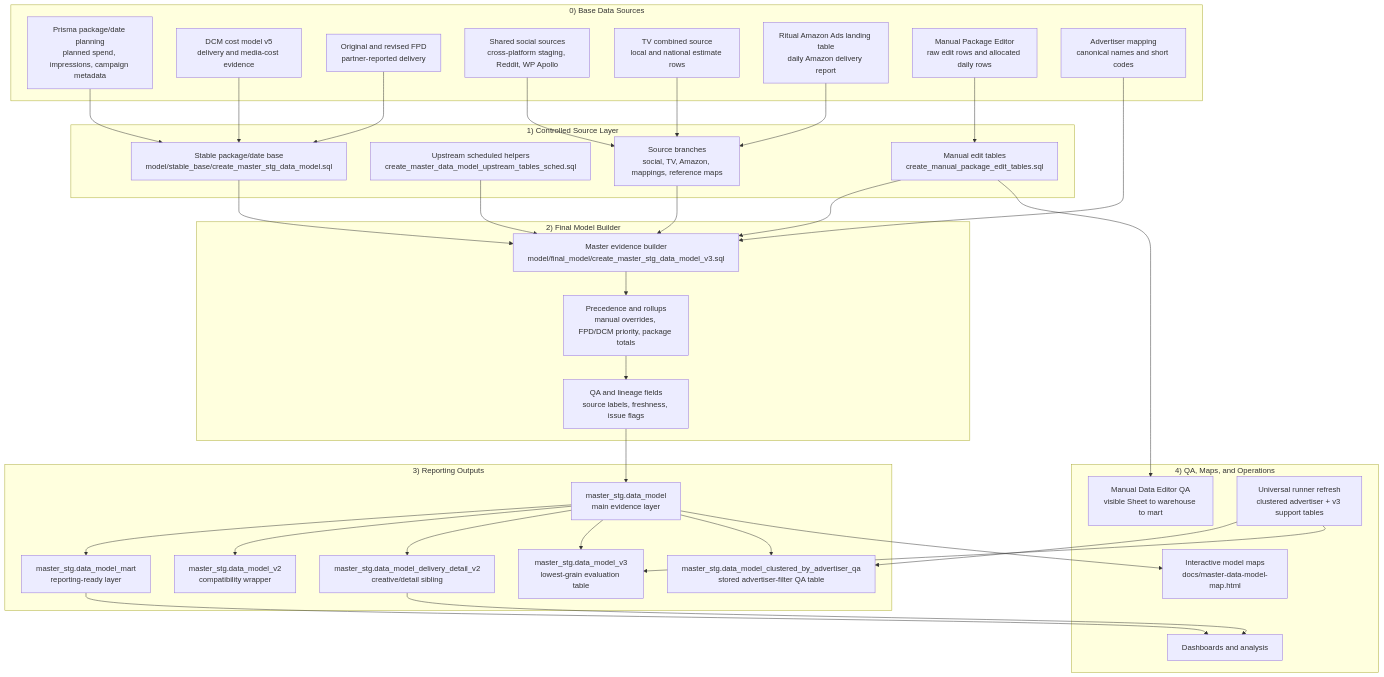
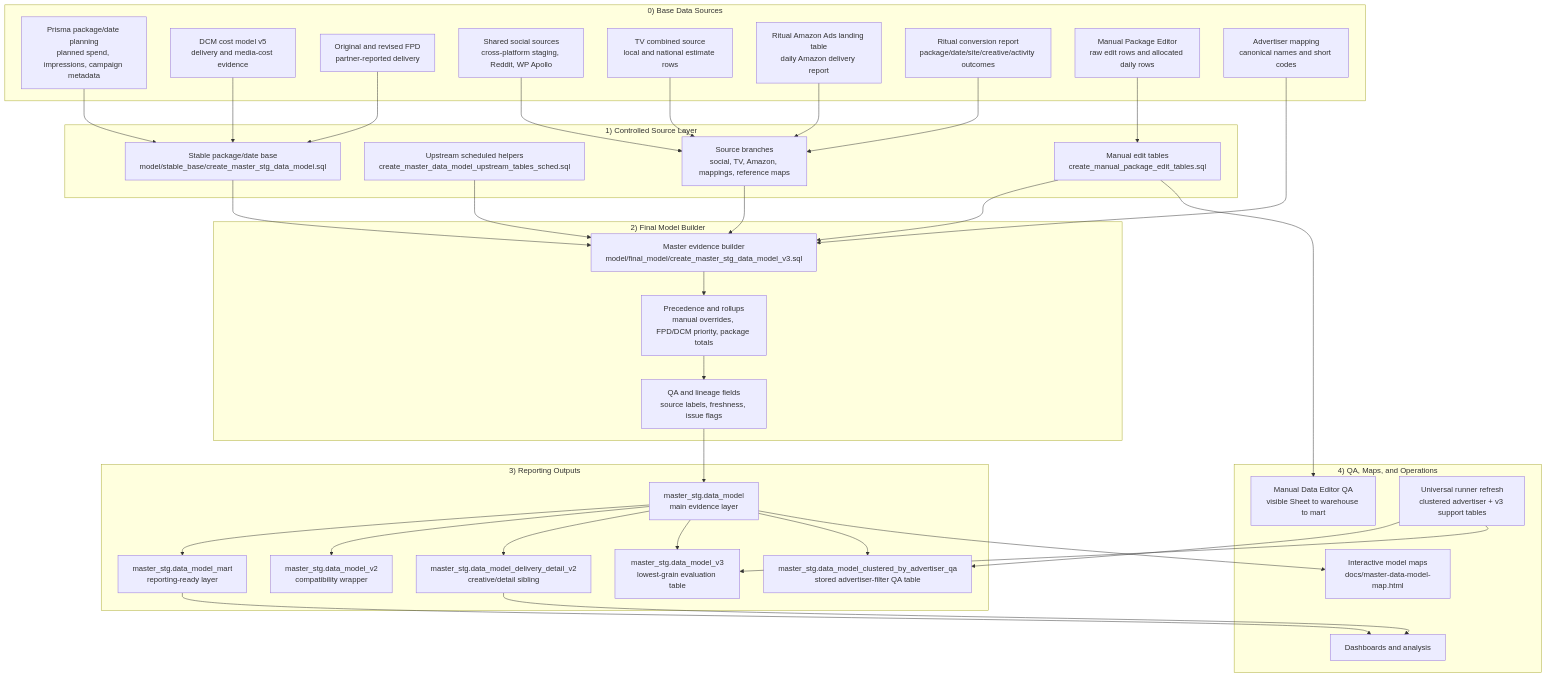
One commit to genetsen/looker_personal changed the diagram in master_data_model/README_v2.md. Above: the diagram before and after it, drawn with Mermaid. The commit also changed other lines of this file and 31 other files, not shown here.

````diff
--- a/master_data_model/README_v2.md
+++ b/master_data_model/README_v2.md
@@ -58,69 +59,71 @@
 ```mermaid
 flowchart TD
     subgraph S["0) Base Data Sources"]
         PRISMA["Prisma package/date planning<br/>planned spend, impressions, campaign metadata"]
         DCM["DCM cost model v5<br/>delivery and media-cost evidence"]
         FPD["Original and revised FPD<br/>partner-reported delivery"]
         SOCIAL["Shared social sources<br/>cross-platform staging, Reddit, WP Apollo"]
         TV["TV combined source<br/>local and national estimate rows"]
         AMAZON["Ritual Amazon Ads landing table<br/>daily Amazon delivery report"]
+        CONV["Ritual conversion report<br/>package/date/site/creative/activity outcomes"]
         MANUAL["Manual Package Editor<br/>raw edit rows and allocated daily rows"]
         MAPS["Advertiser mapping<br/>canonical names and short codes"]
     end
 
     subgraph C["1) Controlled Source Layer"]
         STABLE["Stable package/date base<br/>model/stable_base/create_master_stg_data_model.sql"]
         UPSTREAM["Upstream scheduled helpers<br/>create_master_data_model_upstream_tables_sched.sql"]
         MANUAL_TABLES["Manual edit tables<br/>create_manual_package_edit_tables.sql"]
         BRANCHES["Source branches<br/>social, TV, Amazon, mappings, reference maps"]
     end
 
     subgraph F["2) Final Model Builder"]
         FINAL["Master evidence builder<br/>model/final_model/create_master_stg_data_model_v3.sql"]
         PRECEDENCE["Precedence and rollups<br/>manual overrides, FPD/DCM priority, package totals"]
         QA["QA and lineage fields<br/>source labels, freshness, issue flags"]
     end
 
     subgraph O["3) Reporting Outputs"]
         DATA_MODEL["master_stg.data_model<br/>main evidence layer"]
         MART["master_stg.data_model_mart<br/>reporting-ready layer"]
         V2["master_stg.data_model_v2<br/>compatibility wrapper"]
         DETAIL["master_stg.data_model_delivery_detail_v2<br/>creative/detail sibling"]
         V3["master_stg.data_model_v3<br/>lowest-grain evaluation table"]
         CLUSTER["master_stg.data_model_clustered_by_advertiser_qa<br/>stored advertiser-filter QA table"]
     end
 
     subgraph Q["4) QA, Maps, and Operations"]
         MAP_HTML["Interactive model maps<br/>docs/master-data-model-map.html"]
         MANUAL_QA["Manual Data Editor QA<br/>visible Sheet to warehouse to mart"]
         RUNNER["Universal runner refresh<br/>clustered advertiser + v3 support tables"]
         DASH["Dashboards and analysis"]
     end
 
     PRISMA --> STABLE
     DCM --> STABLE
     FPD --> STABLE
     SOCIAL --> BRANCHES
     TV --> BRANCHES
     AMAZON --> BRANCHES
+    CONV --> BRANCHES
     MANUAL --> MANUAL_TABLES
     MAPS --> FINAL
     STABLE --> FINAL
     UPSTREAM --> FINAL
     MANUAL_TABLES --> FINAL
     BRANCHES --> FINAL
     FINAL --> PRECEDENCE
     PRECEDENCE --> QA
     QA --> DATA_MODEL
     DATA_MODEL --> MART
     DATA_MODEL --> V2
     DATA_MODEL --> DETAIL
     DATA_MODEL --> V3
     DATA_MODEL --> CLUSTER
     DATA_MODEL --> MAP_HTML
     MART --> DASH
     DETAIL --> DASH
     MANUAL_TABLES --> MANUAL_QA
     RUNNER --> CLUSTER
     RUNNER --> V3
 ```
````
